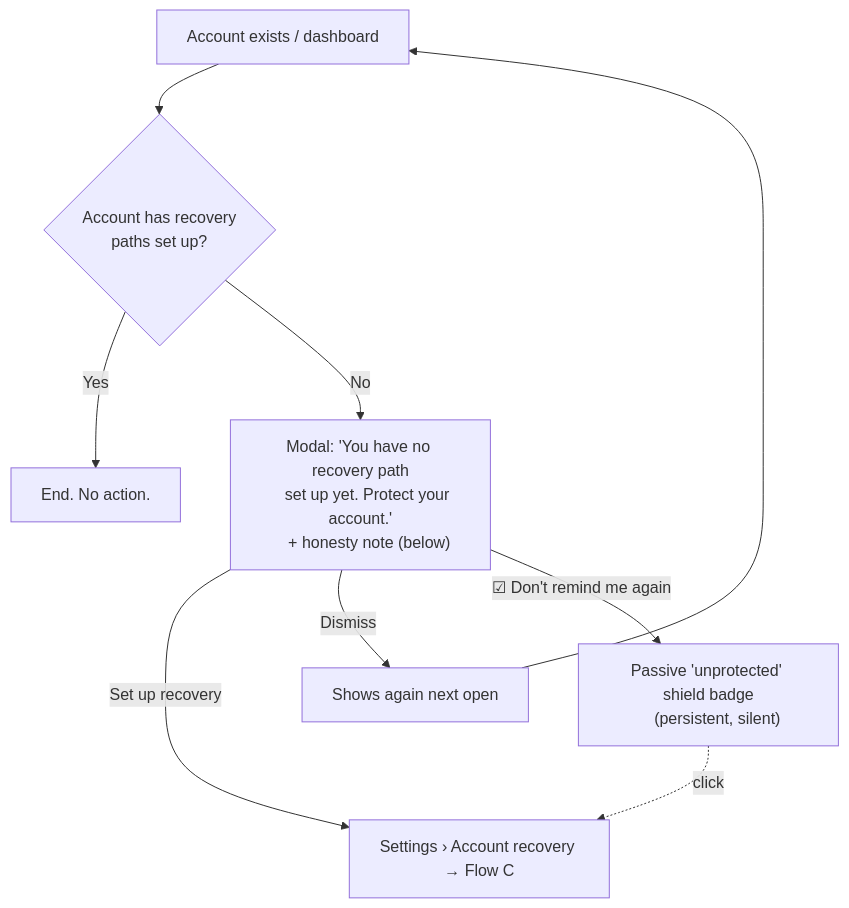
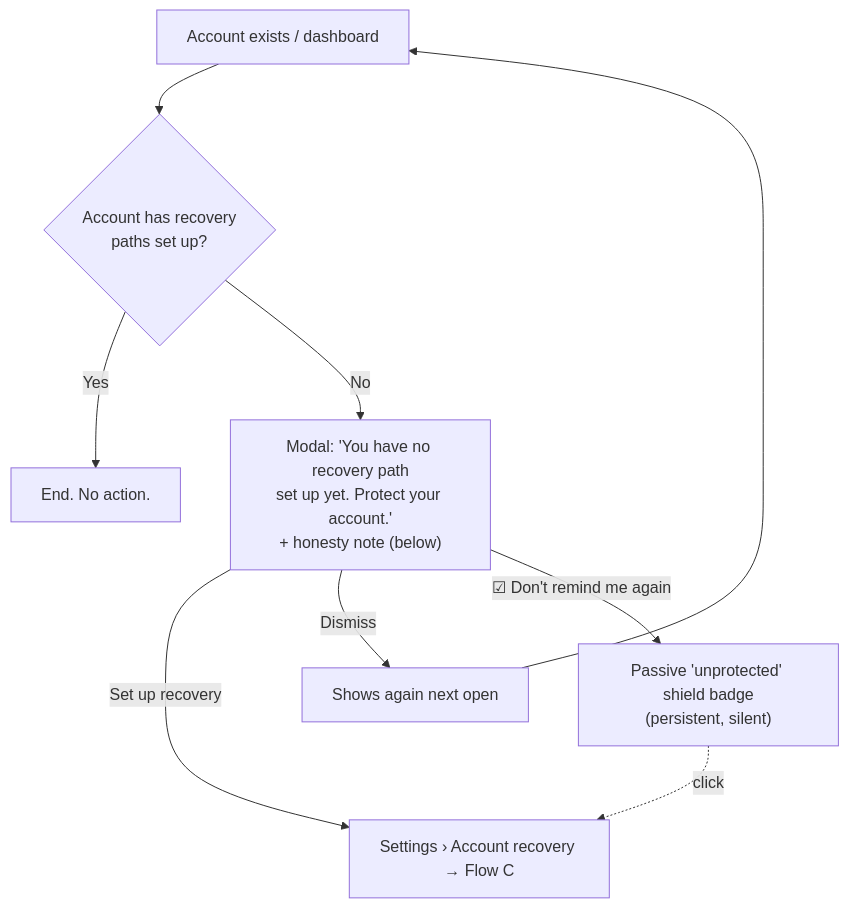
Before and after one commit to FiboAtWonder/kohaku-extension: the third of 10 diagrams in social-recovery-ux-flows.md, drawn with Mermaid. The commit also changed other lines of this file, not shown here.

First line of the commit message:
docs: single-line mermaid labels + cross-flow click links

````diff
--- a/social-recovery-ux-flows.md
+++ b/social-recovery-ux-flows.md
@@ -71,15 +73,13 @@
 ```mermaid
 flowchart TD
-    A[Account exists / dashboard] --> B{"Account has recovery
-    paths set up?"}
+    A[Account exists / dashboard] --> B{"Account has recovery<br/>paths set up?"}
     B -- Yes --> C[End. No action.]
-    B -- No --> D["Modal: 'You have no recovery path
-    set up yet. Protect your account.'
-    + honesty note (below)"]
+    B -- No --> D["Modal: 'You have no recovery path<br/>set up yet. Protect your account.'<br/>+ honesty note (below)"]
     D -->|Set up recovery| G[Settings › Account recovery → Flow C]
     D -->|Dismiss| F[Shows again next open]
     F --> A
-    D -->|☑ Don't remind me again| H["Passive 'unprotected' shield badge
-    (persistent, silent)"]
+    D -->|☑ Don't remind me again| H["Passive 'unprotected' shield badge<br/>(persistent, silent)"]
     H -. click .-> G
+
+    click G href "#flow-c--recovery-setup"
 ```
````
